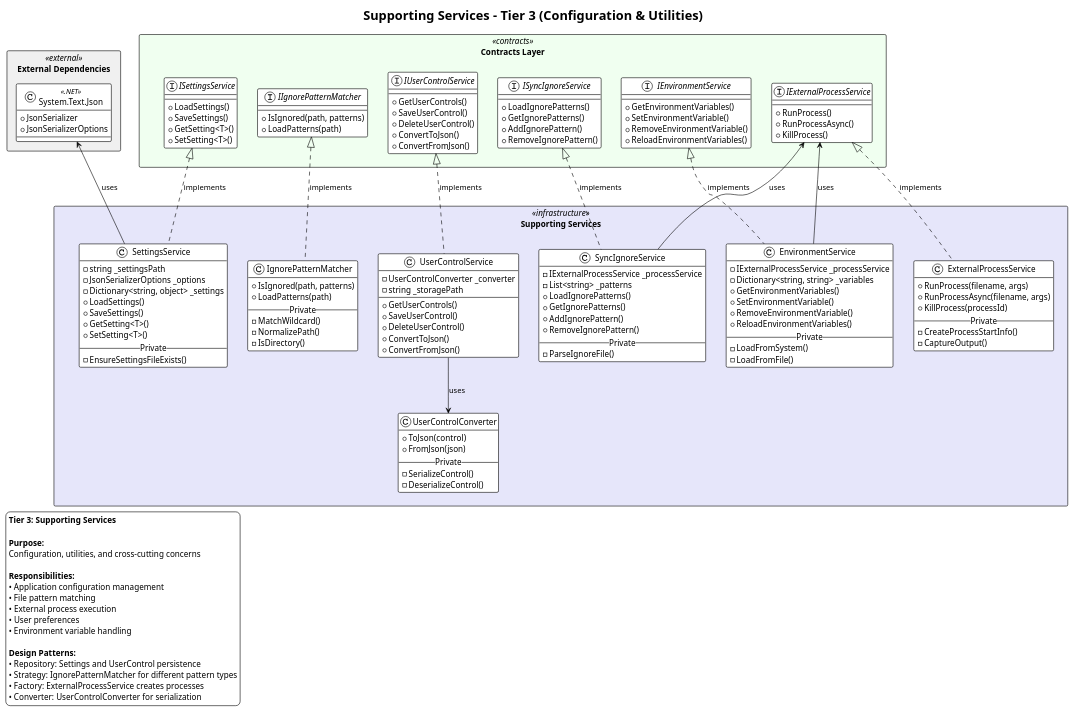
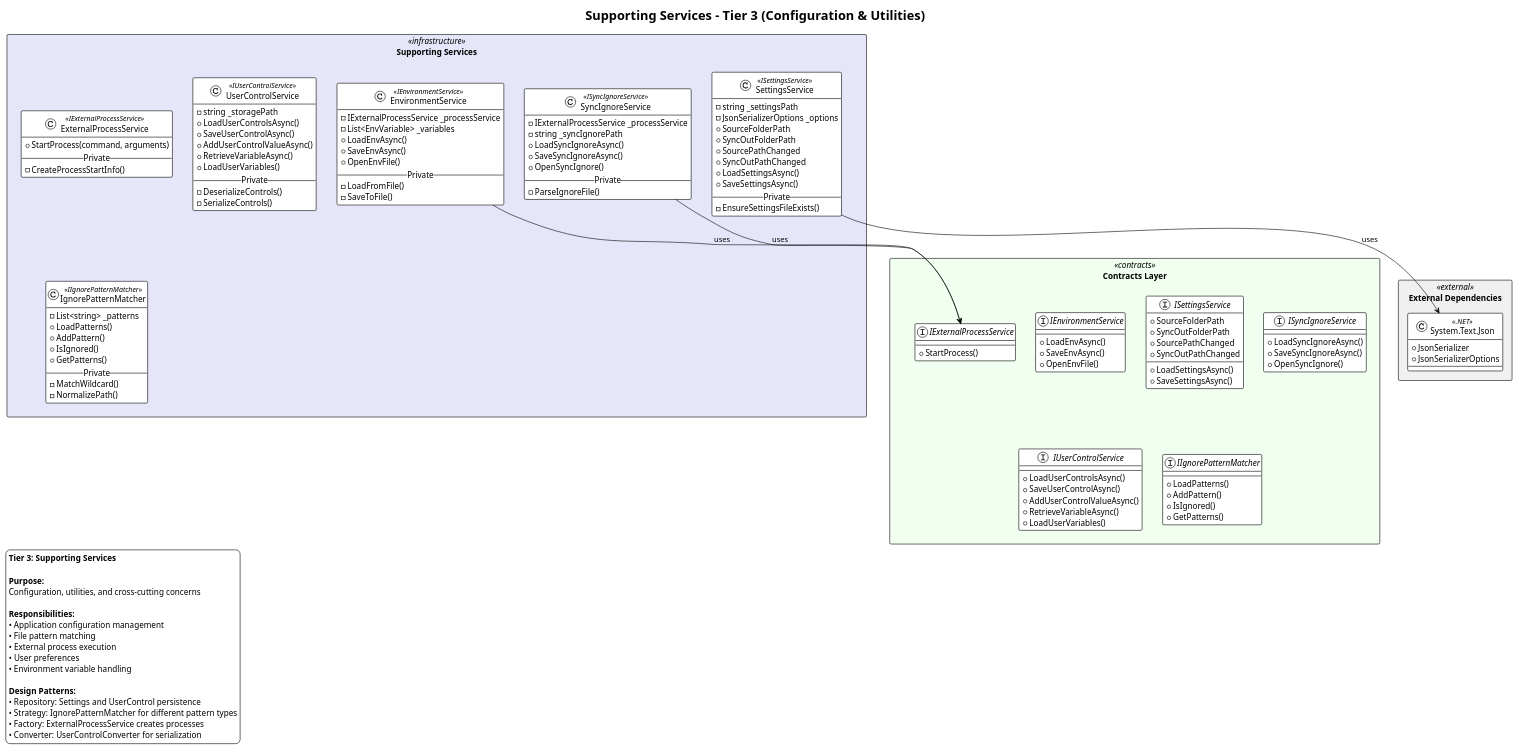
One commit to ReflexLevel0/DockerBuildboxSystem changed the diagram in docs/architecture/detailed/service-tiers/Tier-3-Supporting-Services.wsd. Above: the diagram before and after it, drawn with PlantUML. The commit also changed 7 other files, not shown here.

```diff
--- a/docs/architecture/detailed/service-tiers/Tier-3-Supporting-Services.wsd
+++ b/docs/architecture/detailed/service-tiers/Tier-3-Supporting-Services.wsd
@@ -20,43 +20,43 @@
 ' ====================================================================
 package "Contracts Layer" <<contracts>> as contracts #Honeydew {
     interface IEnvironmentService {
-        + GetEnvironmentVariables()
-        + SetEnvironmentVariable()
-        + RemoveEnvironmentVariable()
-        + ReloadEnvironmentVariables()
+        + LoadEnvAsync()
+        + SaveEnvAsync()
+        + OpenEnvFile()
     }
 
     interface ISettingsService {
-        + LoadSettings()
-        + SaveSettings()
-        + GetSetting<T>()
-        + SetSetting<T>()
+        + SourceFolderPath
+        + SyncOutFolderPath
+        + SourcePathChanged
+        + SyncOutPathChanged
+        + LoadSettingsAsync()
+        + SaveSettingsAsync()
     }
 
     interface ISyncIgnoreService {
-        + LoadIgnorePatterns()
-        + GetIgnorePatterns()
-        + AddIgnorePattern()
-        + RemoveIgnorePattern()
+        + LoadSyncIgnoreAsync()
+        + SaveSyncIgnoreAsync()
+        + OpenSyncIgnore()
     }
 
     interface IExternalProcessService {
-        + RunProcess()
-        + RunProcessAsync()
-        + KillProcess()
+        + StartProcess()
     }
 
     interface IUserControlService {
-        + GetUserControls()
-        + SaveUserControl()
-        + DeleteUserControl()
-        + ConvertToJson()
-        + ConvertFromJson()
+        + LoadUserControlsAsync()
+        + SaveUserControlAsync()
+        + AddUserControlValueAsync()
+        + RetrieveVariableAsync()
+        + LoadUserVariables()
     }
 
     interface IIgnorePatternMatcher {
-        + IsIgnored(path, patterns)
-        + LoadPatterns(path)
+        + LoadPatterns()
+        + AddPattern()
+        + IsIgnored()
+        + GetPatterns()
     }
 }
 
@@ -64,75 +64,67 @@
 ' IMPLEMENTATIONS
 ' ====================================================================
 package "Supporting Services" <<infrastructure>> as infrastructure #Lavender {
-    class EnvironmentService {
+    class EnvironmentService <<IEnvironmentService>> {
         - IExternalProcessService _processService
-        - Dictionary<string, string> _variables
-        + GetEnvironmentVariables()
-        + SetEnvironmentVariable()
-        + RemoveEnvironmentVariable()
-        + ReloadEnvironmentVariables()
+        - List<EnvVariable> _variables
+        + LoadEnvAsync()
+        + SaveEnvAsync()
+        + OpenEnvFile()
         --Private--
-        - LoadFromSystem()
         - LoadFromFile()
+        - SaveToFile()
     }
 
-    class SettingsService {
+    class SettingsService <<ISettingsService>> {
         - string _settingsPath
         - JsonSerializerOptions _options
-        - Dictionary<string, object> _settings
-        + LoadSettings()
-        + SaveSettings()
-        + GetSetting<T>()
-        + SetSetting<T>()
+        + SourceFolderPath
+        + SyncOutFolderPath
+        + SourcePathChanged
+        + SyncOutPathChanged
+        + LoadSettingsAsync()
+        + SaveSettingsAsync()
         --Private--
         - EnsureSettingsFileExists()
     }
 
-    class SyncIgnoreService {
+    class SyncIgnoreService <<ISyncIgnoreService>> {
         - IExternalProcessService _processService
-        - List<string> _patterns
-        + LoadIgnorePatterns()
-        + GetIgnorePatterns()
-        + AddIgnorePattern()
-        + RemoveIgnorePattern()
+        - string _syncIgnorePath
+        + LoadSyncIgnoreAsync()
+        + SaveSyncIgnoreAsync()
+        + OpenSyncIgnore()
         --Private--
         - ParseIgnoreFile()
     }
 
-    class ExternalProcessService {
-        + RunProcess(filename, args)
-        + RunProcessAsync(filename, args)
-        + KillProcess(processId)
+    class ExternalProcessService <<IExternalProcessService>> {
+        + StartProcess(command, arguments)
         --Private--
         - CreateProcessStartInfo()
-        - CaptureOutput()
     }
 
-    class UserControlService {
-        - UserControlConverter _converter
+    class UserControlService <<IUserControlService>> {
         - string _storagePath
-        + GetUserControls()
-        + SaveUserControl()
-        + DeleteUserControl()
-        + ConvertToJson()
-        + ConvertFromJson()
+        + LoadUserControlsAsync()
+        + SaveUserControlAsync()
+        + AddUserControlValueAsync()
+        + RetrieveVariableAsync()
+        + LoadUserVariables()
+        --Private--
+        - DeserializeControls()
+        - SerializeControls()
     }
 
-    class IgnorePatternMatcher {
-        + IsIgnored(path, patterns)
-        + LoadPatterns(path)
+    class IgnorePatternMatcher <<IIgnorePatternMatcher>> {
+        - List<string> _patterns
+        + LoadPatterns()
+        + AddPattern()
+        + IsIgnored()
+        + GetPatterns()
         --Private--
         - MatchWildcard()
         - NormalizePath()
-        - IsDirectory()
-    }
-
-    class UserControlConverter {
-        + ToJson(control)
-        + FromJson(json)
-        --Private--
-        - SerializeControl()
-        - DeserializeControl()
     }
 }
 
@@ -140,19 +132,10 @@
 ' RELATIONSHIPS
 ' ====================================================================
 
-' Implementations
-EnvironmentService .up.|> IEnvironmentService : implements
-SettingsService .up.|> ISettingsService : implements
-SyncIgnoreService .up.|> ISyncIgnoreService : implements
-ExternalProcessService .up.|> IExternalProcessService : implements
-UserControlService .up.|> IUserControlService : implements
-IgnorePatternMatcher .up.|> IIgnorePatternMatcher : implements
-
 ' Dependencies
 EnvironmentService --> IExternalProcessService : uses
 SyncIgnoreService --> IExternalProcessService : uses
-UserControlService --> UserControlConverter : uses
-SettingsService -up-> SystemTextJson : uses
+SettingsService --> SystemTextJson : uses
 
 contracts -[hidden]down-> infrastructure
 
```
